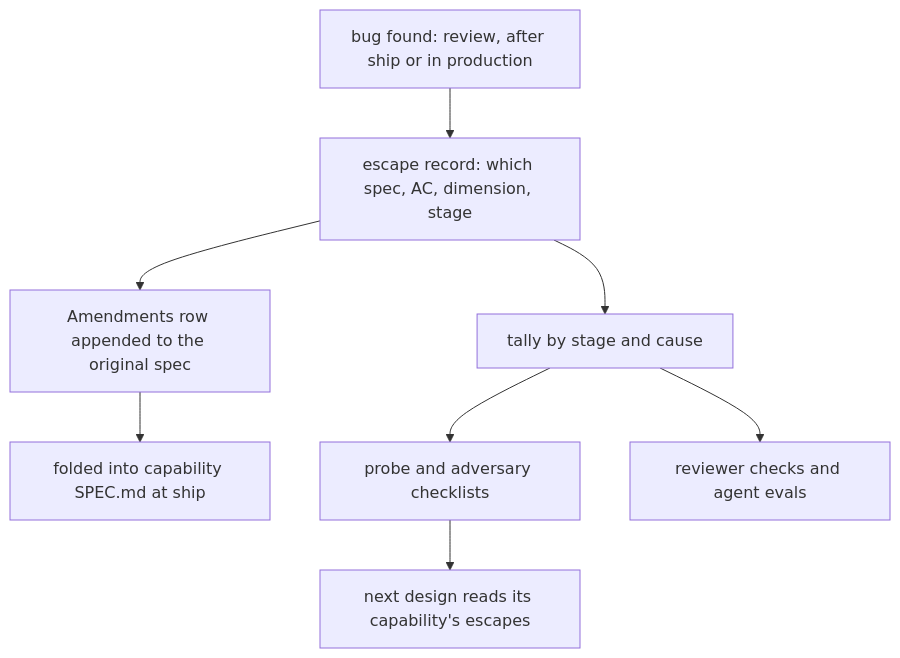
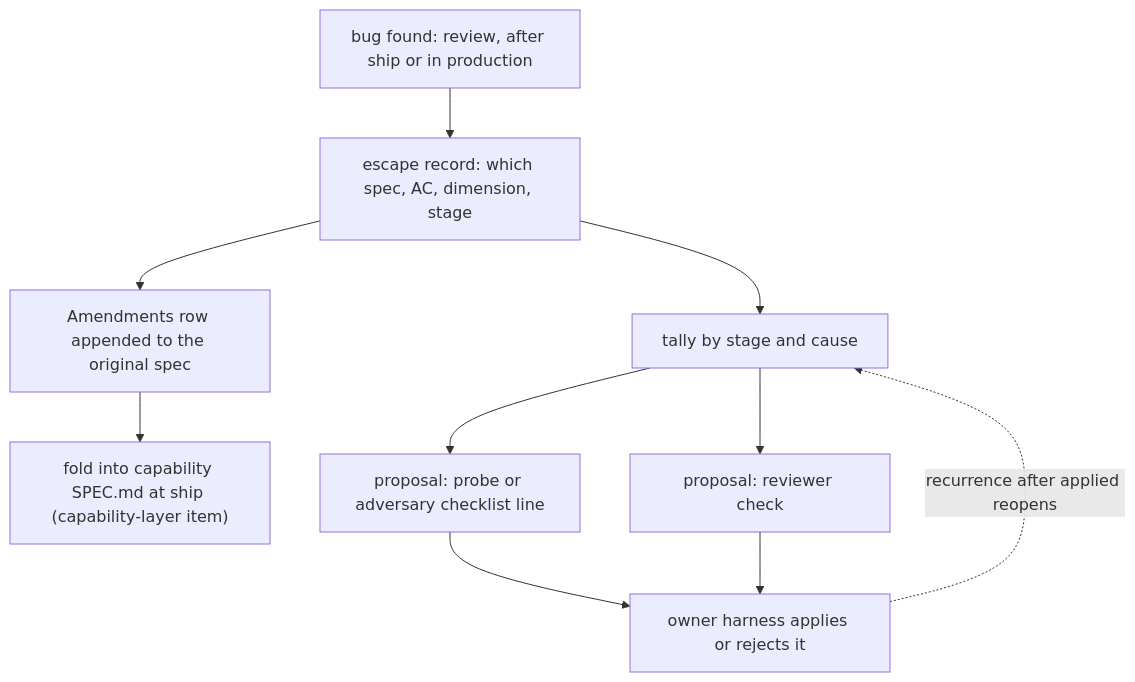
The first of 2 diagrams in docs/work/feedback-loop/README.md (sibulus13/claudence), drawn with Mermaid before and after one commit. The commit also changed other lines of this file and 5 other files, not shown here.

````diff
--- a/docs/work/feedback-loop/README.md
+++ b/docs/work/feedback-loop/README.md
@@ -15,10 +15,12 @@
 ```mermaid
 flowchart TD
   B["bug found: review, after ship or in production"] --> E["escape record: which spec, AC, dimension, stage"]
   E --> A["Amendments row appended to the original spec"]
-  A --> S["folded into capability SPEC.md at ship"]
+  A --> S["fold into capability SPEC.md at ship (capability-layer item)"]
   E --> T["tally by stage and cause"]
-  T --> P["probe and adversary checklists"]
-  T --> V["reviewer checks and agent evals"]
-  P --> N["next design reads its capability's escapes"]
+  T --> P["proposal: probe or adversary checklist line"]
+  T --> V["proposal: reviewer check"]
+  P --> N["owner harness applies or rejects it"]
+  V --> N
+  N -. "recurrence after applied reopens" .-> T
 ```
````
